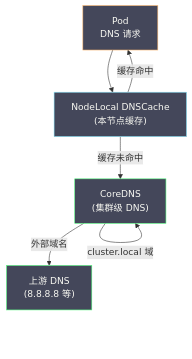
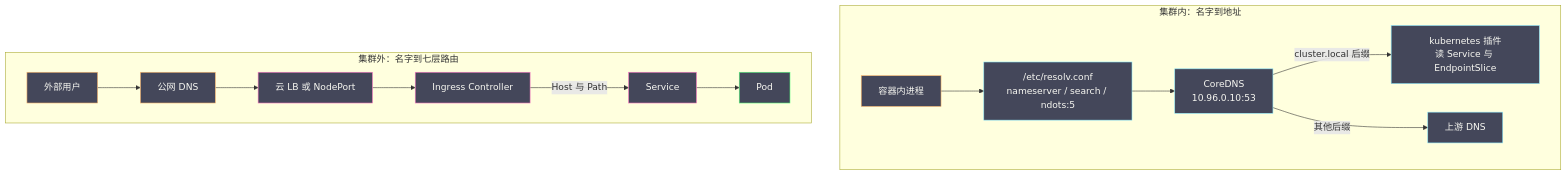
One commit to hpliStartAgain/my-brain changed the first of 5 diagrams in content/云原生/Kubernetes/kubernetes生命周期管理和服务发现/06 DNS 服务发现与 Ingress.md. Above: the diagram before and after it, drawn with Mermaid. The commit also changed other lines of this file and 259 other files, not shown here.

````diff
--- a/content/云原生/Kubernetes/kubernetes生命周期管理和服务发现/06 DNS 服务发现与 Ingress.md
+++ b/content/云原生/Kubernetes/kubernetes生命周期管理和服务发现/06 DNS 服务发现与 Ingress.md
@@ -168,17 +46,27 @@
 ```mermaid
 %%{init: {'theme': 'dracula'}}%%
-graph TD
-    POD["Pod</br>DNS 请求"] --> NLC["NodeLocal DNSCache</br>(本节点缓存)"]
-    NLC -->|"缓存命中"| POD
-    NLC -->|"缓存未命中"| CDNS["CoreDNS</br>(集群级 DNS)"]
-    CDNS -->|"cluster.local 域"| CDNS
-    CDNS -->|"外部域名"| UPSTREAM["上游 DNS</br>(8.8.8.8 等)"]
+flowchart TB
+    subgraph INNER["集群内：名字到地址"]
+        APP["容器内进程"] --> RC["/etc/resolv.conf<br/>nameserver / search / ndots:5"]
+        RC --> CD["CoreDNS<br/>10.96.0.10:53"]
+        CD -->|"cluster.local 后缀"| KP["kubernetes 插件<br/>读 Service 与 EndpointSlice"]
+        CD -->|"其他后缀"| UP["上游 DNS"]
+    end
+    subgraph OUTER["集群外：名字到七层路由"]
+        U["外部用户"] --> PUB["公网 DNS"]
+        PUB --> LB["云 LB 或 NodePort"]
+        LB --> IC["Ingress Controller"]
+        IC -->|"Host 与 Path"| SVC["Service"]
+        SVC --> POD["Pod"]
+    end
 
-    classDef pod fill:#44475a,stroke:#ffb86c,color:#f8f8f2
-    classDef cache fill:#44475a,stroke:#8be9fd,color:#f8f8f2
-    classDef dns fill:#44475a,stroke:#50fa7b,color:#f8f8f2
+    classDef ext fill:#44475a,stroke:#ffb86c,color:#f8f8f2
+    classDef dns fill:#44475a,stroke:#8be9fd,color:#f8f8f2
+    classDef l7 fill:#44475a,stroke:#ff79c6,color:#f8f8f2
+    classDef pod fill:#44475a,stroke:#50fa7b,color:#f8f8f2
 
+    class APP,U,PUB ext
+    class RC,CD,KP,UP dns
+    class LB,IC,SVC l7
     class POD pod
-    class NLC cache
-    class CDNS,UPSTREAM dns
 ```
````
